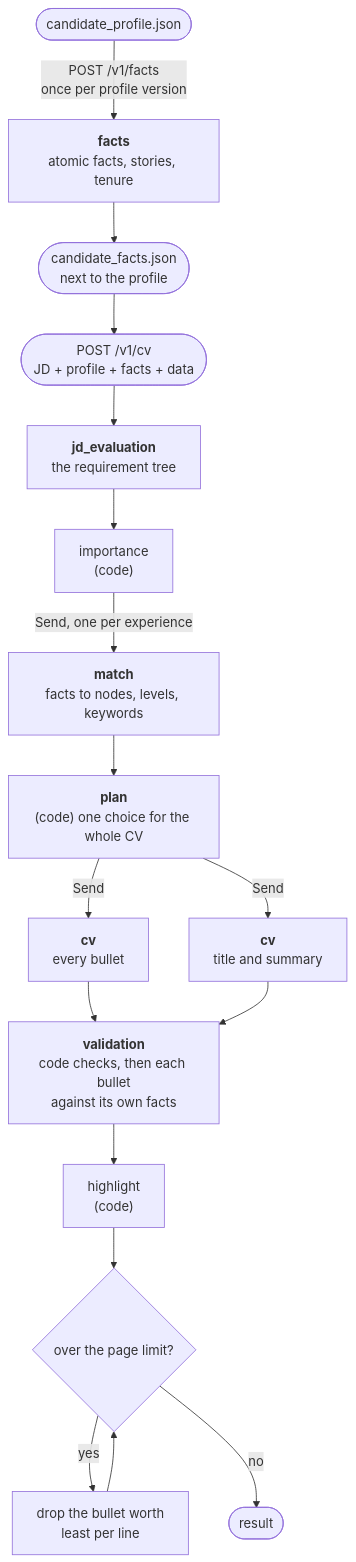
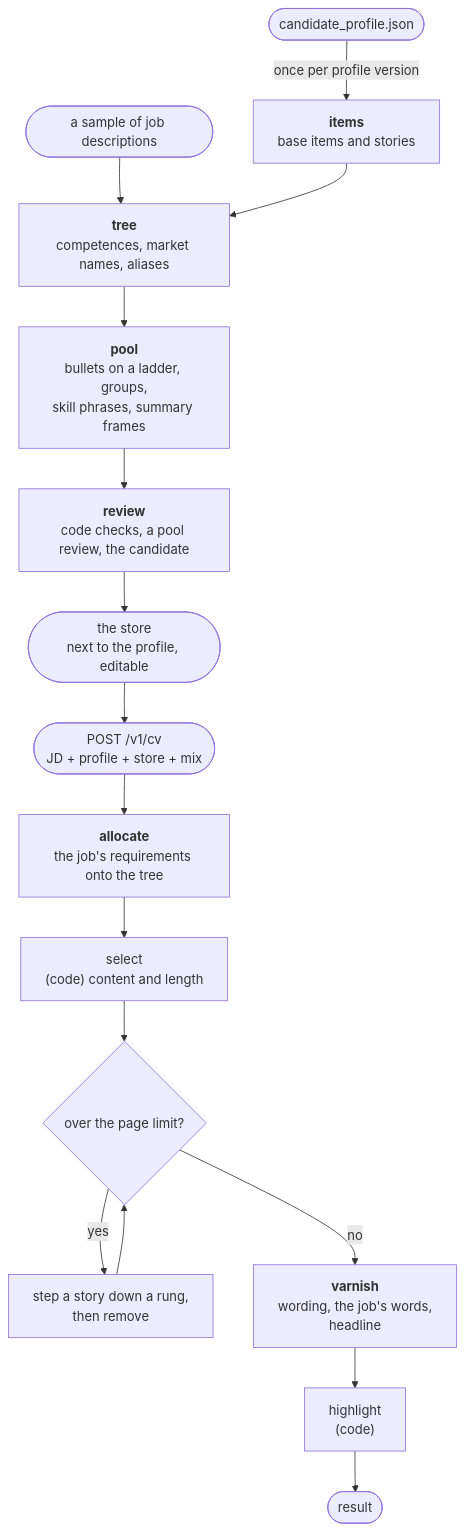
Before and after one commit to gcontini/ats-strike: the diagram in CV-PIPELINE-V2.md, drawn with Mermaid. The commit also changed other lines of this file and 6 other files, not shown here.

````diff
--- a/CV-PIPELINE-V2.md
+++ b/CV-PIPELINE-V2.md
@@ -164,18 +81,17 @@
 ```mermaid
 flowchart TD
-    PROF(["candidate_profile.json"]) -->|"POST /v1/facts<br/>once per profile version"| FACTS["<b>facts</b><br/>atomic facts, stories, tenure"]
-    FACTS --> FF(["candidate_facts.json<br/>next to the profile"])
-    FF --> START(["POST /v1/cv<br/>JD + profile + facts + data"])
-    START --> TREE["<b>jd_evaluation</b><br/>the requirement tree"]
-    TREE --> IMP["importance<br/>(code)"]
-    IMP -->|"Send, one per experience"| MATCH["<b>match</b><br/>facts to nodes, levels, keywords"]
-    MATCH --> PLAN["<b>plan</b><br/>(code) one choice for the whole CV"]
-    PLAN -->|"Send"| BUL["<b>cv</b><br/>every bullet"]
-    PLAN -->|"Send"| BODY["<b>cv</b><br/>title and summary"]
-    BUL --> VER["<b>validation</b><br/>code checks, then each bullet<br/>against its own facts"]
-    BODY --> VER
-    VER --> HL["highlight<br/>(code)"]
-    HL --> R{"over the page limit?"}
-    R -->|"yes"| TRIM["drop the bullet worth<br/>least per line"] --> R
-    R -->|"no"| FIN(["result"])
+    PROF(["candidate_profile.json"]) -->|"once per profile version"| ITEMS["<b>items</b><br/>base items and stories"]
+    JDS(["a sample of job descriptions"]) --> TREE
+    ITEMS --> TREE["<b>tree</b><br/>competences, market names, aliases"]
+    TREE --> POOL["<b>pool</b><br/>bullets on a ladder, groups,<br/>skill phrases, summary frames"]
+    POOL --> REV["<b>review</b><br/>code checks, a pool review, the candidate"]
+    REV --> STORE(["the store<br/>next to the profile, editable"])
+    STORE --> START(["POST /v1/cv<br/>JD + profile + store + mix"])
+    START --> ALLOC["<b>allocate</b><br/>the job's requirements onto the tree"]
+    ALLOC --> SEL["select<br/>(code) content and length"]
+    SEL --> FIT{"over the page limit?"}
+    FIT -->|"yes"| DOWN["step a story down a rung,<br/>then remove"] --> FIT
+    FIT -->|"no"| VAR["<b>varnish</b><br/>wording, the job's words,<br/>headline"]
+    VAR --> HL["highlight<br/>(code)"]
+    HL --> FIN(["result"])
 ```
````
